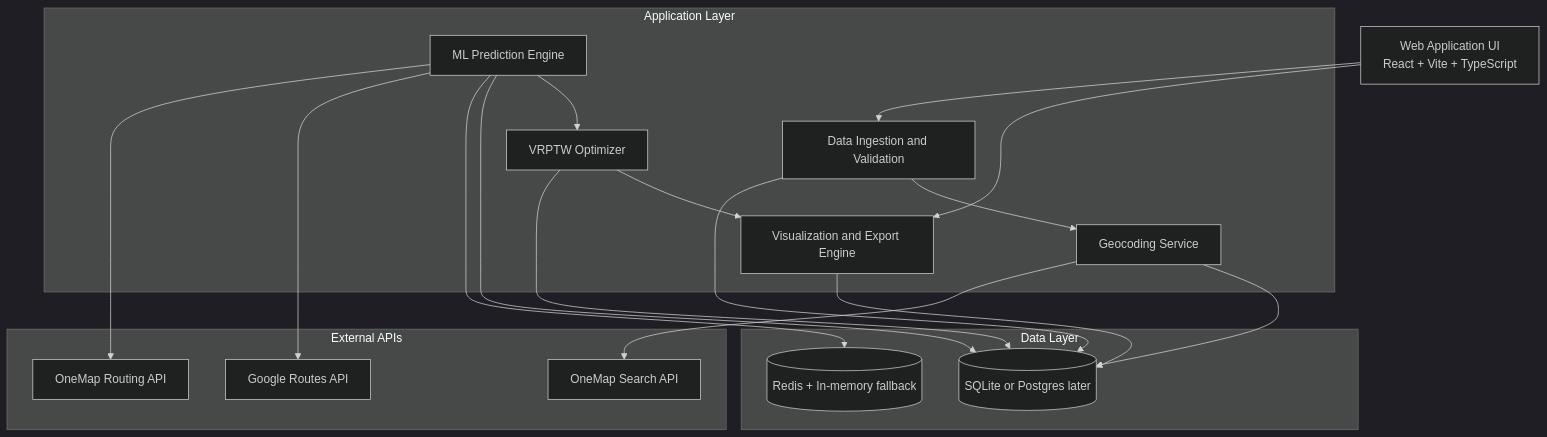
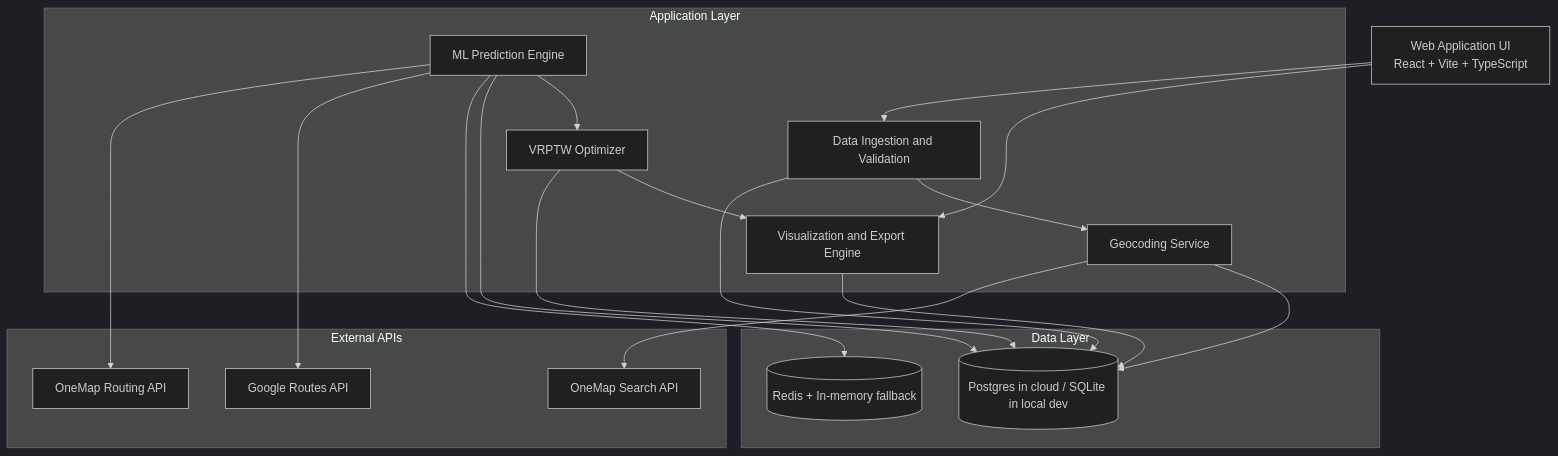
Before and after one commit to jasonjlcl/SG-Route-OPT: the first of 4 diagrams in ARCHITECTURE.md, drawn with Mermaid (dark theme). The commit also changed other lines of this file and 1 other file, not shown here.

Commit message:
docs: refresh architecture and runtime snapshot

````diff
--- a/ARCHITECTURE.md
+++ b/ARCHITECTURE.md
@@ -7,38 +7,38 @@
 ```mermaid
 flowchart TD
     UI[Web Application UI<br/>React + Vite + TypeScript]
 
     subgraph APP[Application Layer]
       ING[Data Ingestion and Validation]
       GEO[Geocoding Service]
       ML[ML Prediction Engine]
       OPT[VRPTW Optimizer]
       VIS[Visualization and Export Engine]
     end
 
     subgraph EXT[External APIs]
       OMS[OneMap Search API]
       OMR[OneMap Routing API]
       GRT[Google Routes API]
     end
 
     subgraph DATA[Data Layer]
-      DB[(SQLite or Postgres later)]
+      DB[(Postgres in cloud / SQLite in local dev)]
       CACHE[(Redis + In-memory fallback)]
     end
 
     UI --> ING
     UI --> VIS
     ING --> DB
     ING --> GEO
     GEO --> OMS
     GEO --> DB
     ML --> OMR
     ML --> GRT
     ML --> CACHE
     ML --> DB
     ML --> OPT
     OPT --> DB
     OPT --> VIS
     VIS --> DB
 ```
````
